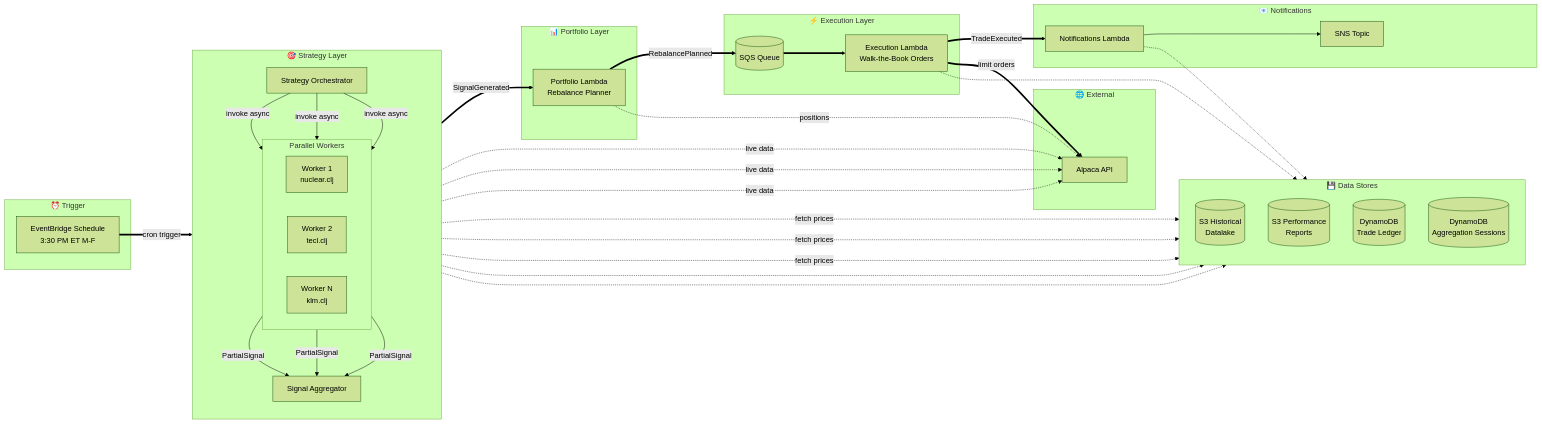
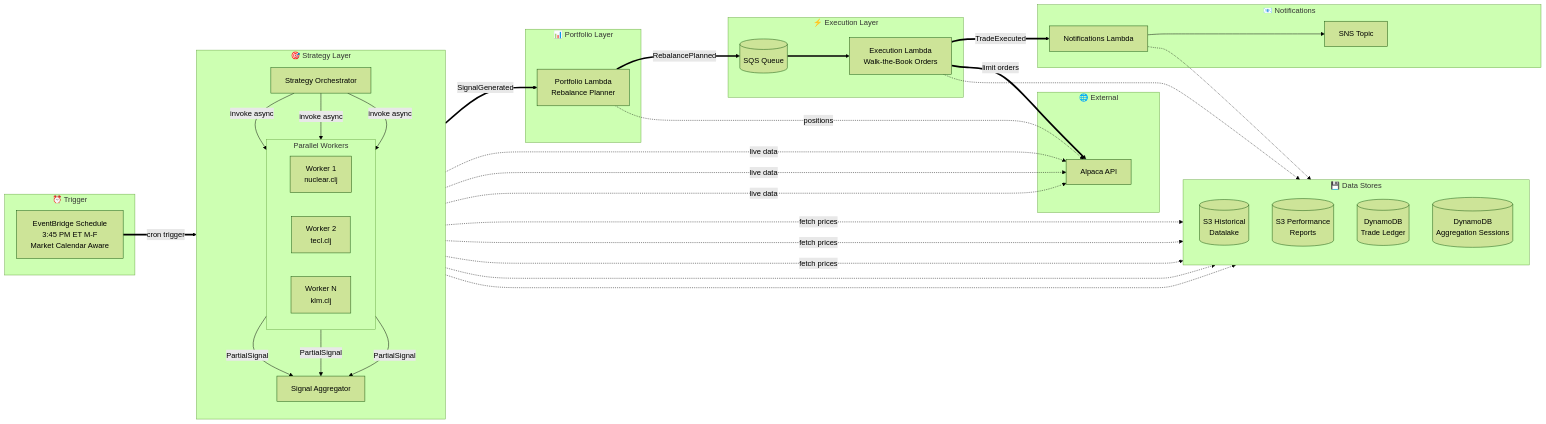
One commit to Josh-moreton/alchemiser-quant changed the first of 2 diagrams in README.md. Above: the diagram before and after it, drawn with Mermaid (forest theme). The commit also changed other lines of this file and 8 other files, not shown here.

First line of the commit message:
Add market calendar validation to prevent trading on closed days and early closes (#2951)

````diff
--- a/README.md
+++ b/README.md
@@ -15,72 +15,72 @@
 ```mermaid
 flowchart LR
     subgraph Trigger["⏰ Trigger"]
-        SCHED[EventBridge Schedule<br/>3:30 PM ET M-F]
+        SCHED[EventBridge Schedule<br/>3:45 PM ET M-F<br/>Market Calendar Aware]
     end
 
     subgraph Strategy["🎯 Strategy Layer"]
         direction TB
         SO[Strategy Orchestrator]
         subgraph Workers["Parallel Workers"]
             direction LR
             SW1[Worker 1<br/>nuclear.clj]
             SW2[Worker 2<br/>tecl.clj]
             SWN[Worker N<br/>klm.clj]
         end
         SA[Signal Aggregator]
         SO -->|invoke async| SW1
         SO -->|invoke async| SW2
         SO -->|invoke async| SWN
         SW1 -->|PartialSignal| SA
         SW2 -->|PartialSignal| SA
         SWN -->|PartialSignal| SA
     end
 
     subgraph Portfolio["📊 Portfolio Layer"]
         P[Portfolio Lambda<br/>Rebalance Planner]
     end
 
     subgraph Execution["⚡ Execution Layer"]
         SQS[(SQS Queue)]
         E[Execution Lambda<br/>Walk-the-Book Orders]
     end
 
     subgraph Notifications["📧 Notifications"]
         N[Notifications Lambda]
         SNS[SNS Topic]
     end
 
     subgraph DataStores["💾 Data Stores"]
         direction TB
         S3_DATA[(S3 Historical<br/>Datalake)]
         S3_REPORTS[(S3 Performance<br/>Reports)]
         DDB_LEDGER[(DynamoDB<br/>Trade Ledger)]
         DDB_AGG[(DynamoDB<br/>Aggregation Sessions)]
     end
 
     subgraph External["🌐 External"]
         ALPACA[Alpaca API]
     end
 
     %% Main Flow
     SCHED ==>|cron trigger| SO
     SA ==>|SignalGenerated| P
     P ==>|RebalancePlanned| SQS
     SQS ==> E
     E ==>|TradeExecuted| N
     N --> SNS
 
     %% Data Access
     SW1 -.->|fetch prices| S3_DATA
     SW2 -.->|fetch prices| S3_DATA
     SWN -.->|fetch prices| S3_DATA
     SW1 -.->|live data| ALPACA
     SW2 -.->|live data| ALPACA
     SWN -.->|live data| ALPACA
     SO -.-> DDB_AGG
     SA -.-> DDB_AGG
     P -.->|positions| ALPACA
     E ==>|limit orders| ALPACA
     E -.-> DDB_LEDGER
     N -.-> S3_REPORTS
 ```
````
